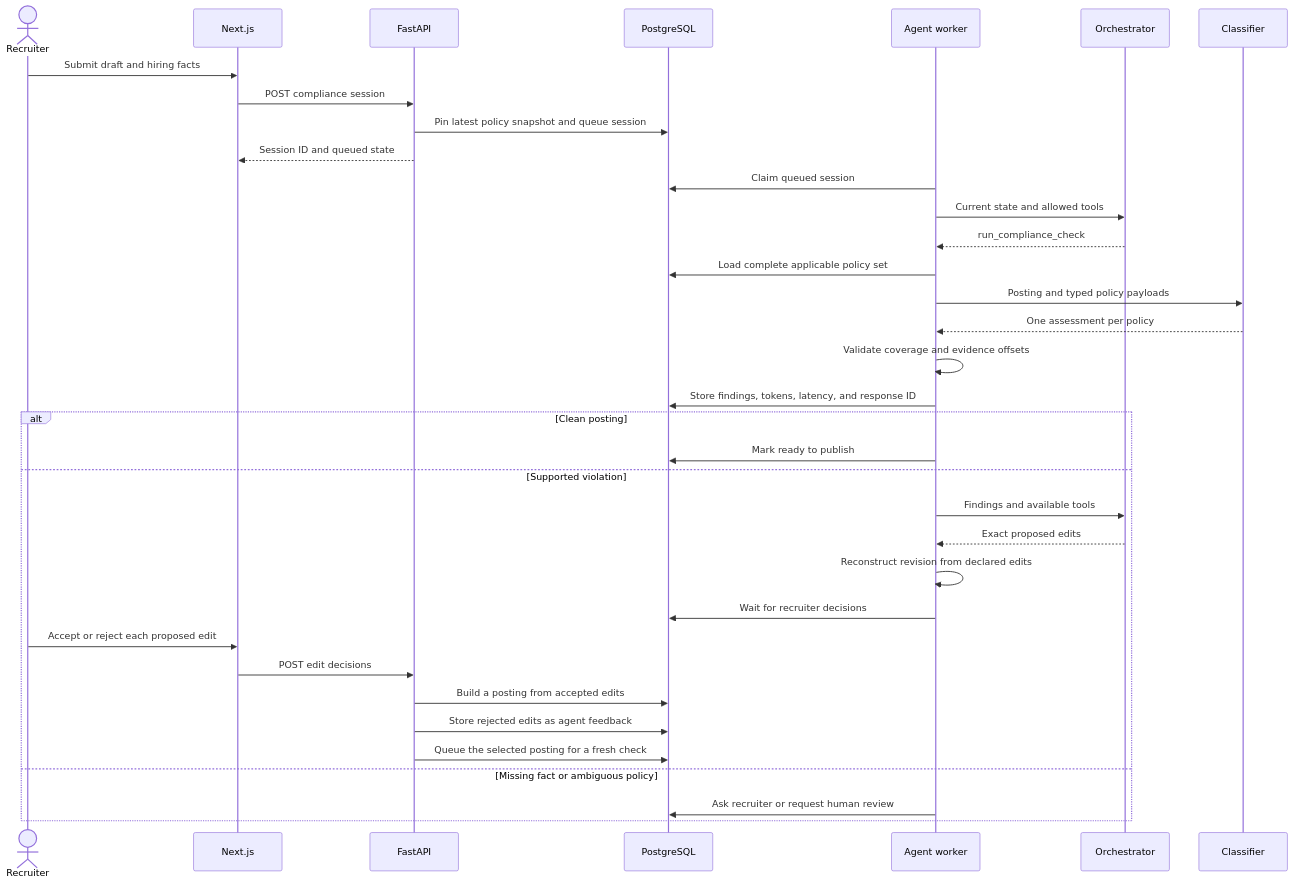
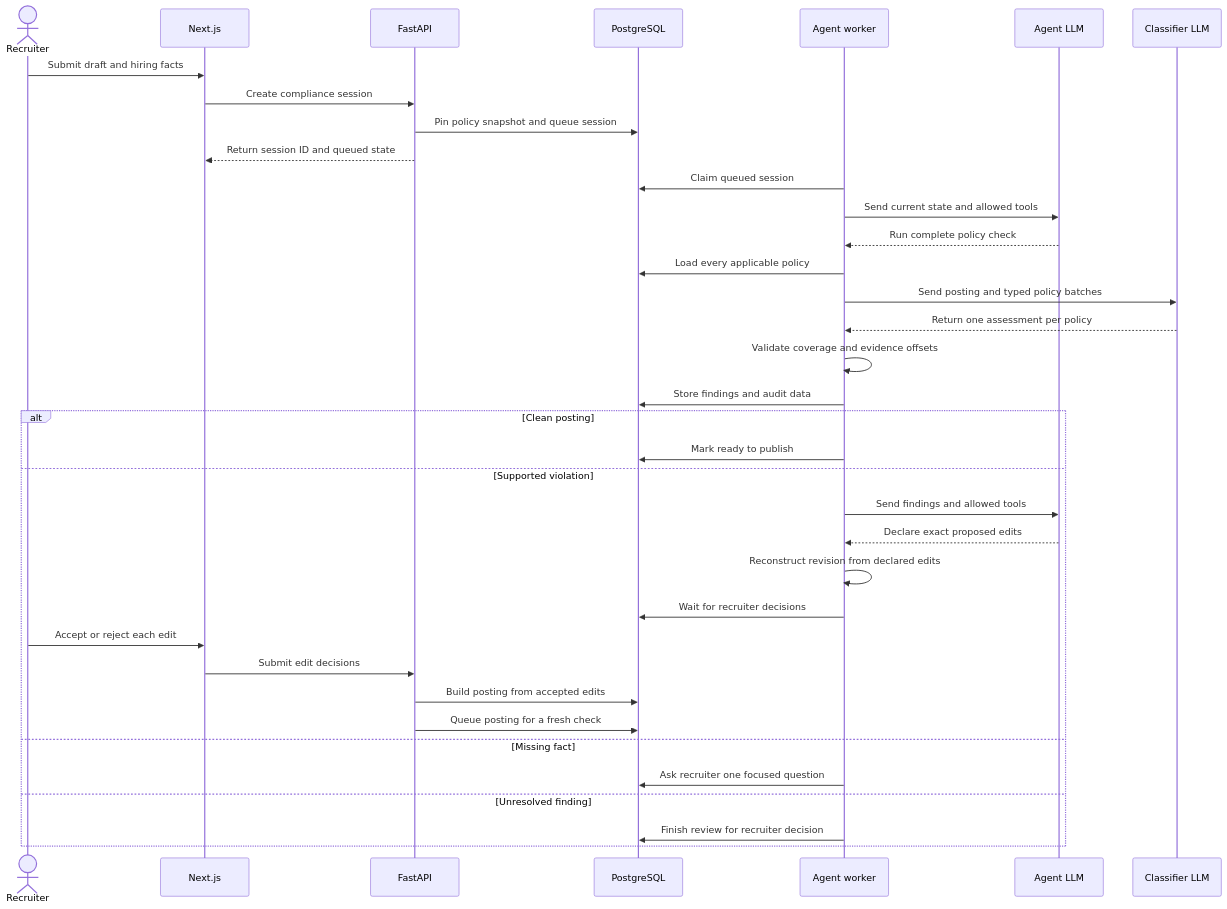
One commit to Ee-Hsin/policyKit changed the second of 2 diagrams in docs/architecture.md. Above: the diagram before and after it, drawn with Mermaid. The commit also changed other lines of this file and 31 other files, not shown here.

Commit message:
simplify compliance review architecture

````diff
--- a/docs/architecture.md
+++ b/docs/architecture.md
@@ -54,38 +47,39 @@
 ```mermaid
 sequenceDiagram
     actor R as Recruiter
     participant W as Next.js
     participant A as FastAPI
     participant P as PostgreSQL
     participant K as Agent worker
-    participant O as Orchestrator
-    participant C as Classifier
+    participant O as Agent LLM
+    participant C as Classifier LLM
 
     R->>W: Submit draft and hiring facts
-    W->>A: POST compliance session
-    A->>P: Pin latest policy snapshot and queue session
-    A-->>W: Session ID and queued state
+    W->>A: Create compliance session
+    A->>P: Pin policy snapshot and queue session
+    A-->>W: Return session ID and queued state
     K->>P: Claim queued session
-    K->>O: Current state and allowed tools
-    O-->>K: run_compliance_check
-    K->>P: Load complete applicable policy set
-    K->>C: Posting and typed policy payloads
-    C-->>K: One assessment per policy
+    K->>O: Send current state and allowed tools
+    O-->>K: Run complete policy check
+    K->>P: Load every applicable policy
+    K->>C: Send posting and typed policy batches
+    C-->>K: Return one assessment per policy
     K->>K: Validate coverage and evidence offsets
-    K->>P: Store findings, tokens, latency, and response ID
+    K->>P: Store findings and audit data
     alt Clean posting
         K->>P: Mark ready to publish
     else Supported violation
-        K->>O: Findings and available tools
-        O-->>K: Exact proposed edits
+        K->>O: Send findings and allowed tools
+        O-->>K: Declare exact proposed edits
         K->>K: Reconstruct revision from declared edits
         K->>P: Wait for recruiter decisions
-        R->>W: Accept or reject each proposed edit
-        W->>A: POST edit decisions
-        A->>P: Build a posting from accepted edits
-        A->>P: Store rejected edits as agent feedback
-        A->>P: Queue the selected posting for a fresh check
-    else Missing fact or ambiguous policy
-        K->>P: Ask recruiter or request human review
+        R->>W: Accept or reject each edit
+        W->>A: Submit edit decisions
+        A->>P: Build posting from accepted edits
+        A->>P: Queue posting for a fresh check
+    else Missing fact
+        K->>P: Ask recruiter one focused question
+    else Unresolved finding
+        K->>P: Finish review for recruiter decision
     end
 ```
````
